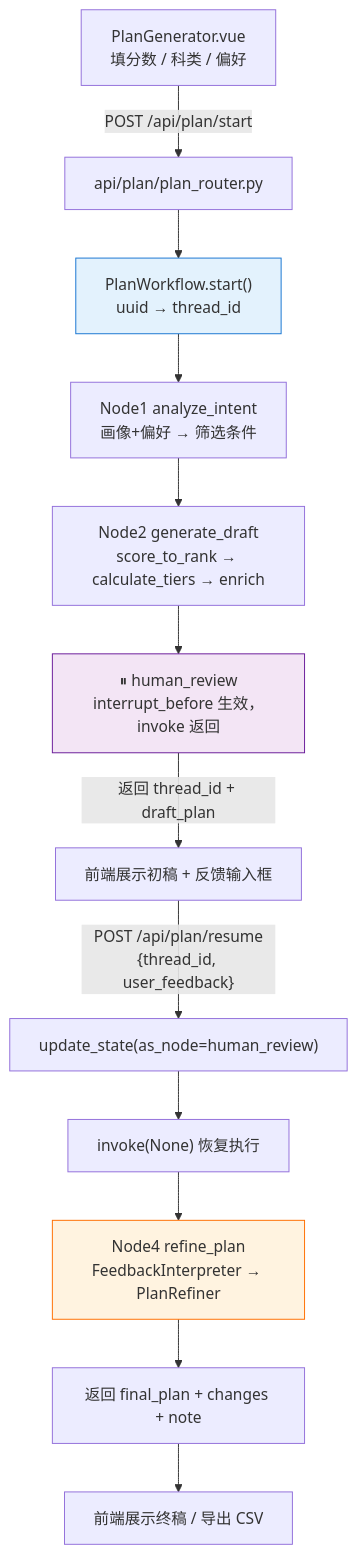
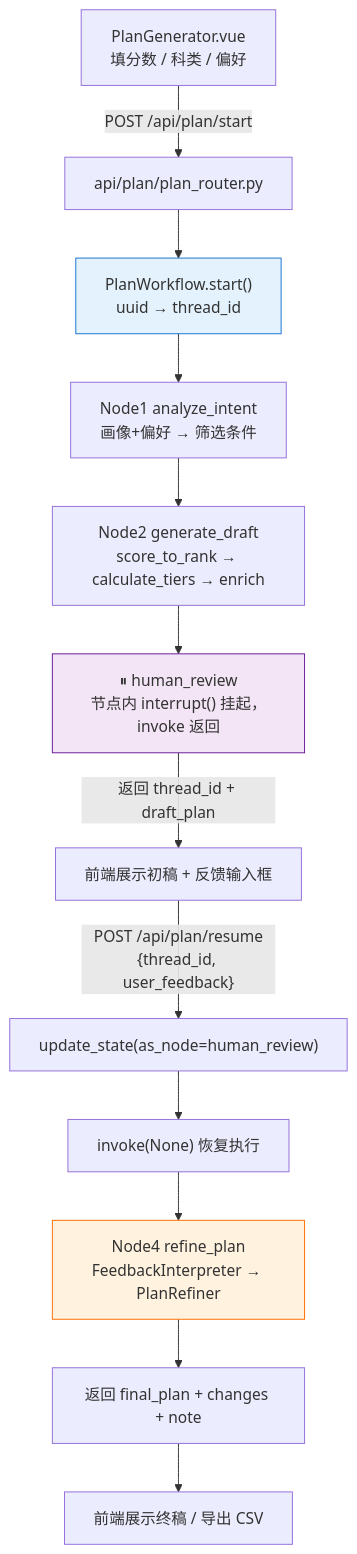
Before and after one commit to TS-DE/college-application-process: diagram 11 of 12 in README.md, drawn with Mermaid. The commit also changed other lines of this file and 2 other files, not shown here.

````diff
--- a/README.md
+++ b/README.md
@@ -1046,18 +1053,18 @@
 ```mermaid
 graph TD
     A["PlanGenerator.vue<br/>填分数 / 科类 / 偏好"] -->|"POST /api/plan/start"| B["api/plan/plan_router.py"]
     B --> C["PlanWorkflow.start()<br/>uuid → thread_id"]
     C --> D["Node1 analyze_intent<br/>画像+偏好 → 筛选条件"]
     D --> E["Node2 generate_draft<br/>score_to_rank → calculate_tiers → enrich"]
-    E --> F["⏸ human_review<br/>interrupt_before 生效，invoke 返回"]
+    E --> F["⏸ human_review<br/>节点内 interrupt() 挂起，invoke 返回"]
     F -->|"返回 thread_id + draft_plan"| G["前端展示初稿 + 反馈输入框"]
     G -->|"POST /api/plan/resume<br/>{thread_id, user_feedback}"| H["update_state(as_node=human_review)"]
     H --> I["invoke(None) 恢复执行"]
     I --> J["Node4 refine_plan<br/>FeedbackInterpreter → PlanRefiner"]
     J --> K["返回 final_plan + changes + note"]
     K --> L["前端展示终稿 / 导出 CSV"]
 
     style F fill:#f3e5f5,stroke:#6a1b9a
     style C fill:#e3f2fd,stroke:#1976d2
     style J fill:#fff3e0,stroke:#ff6f00
 ```
````
